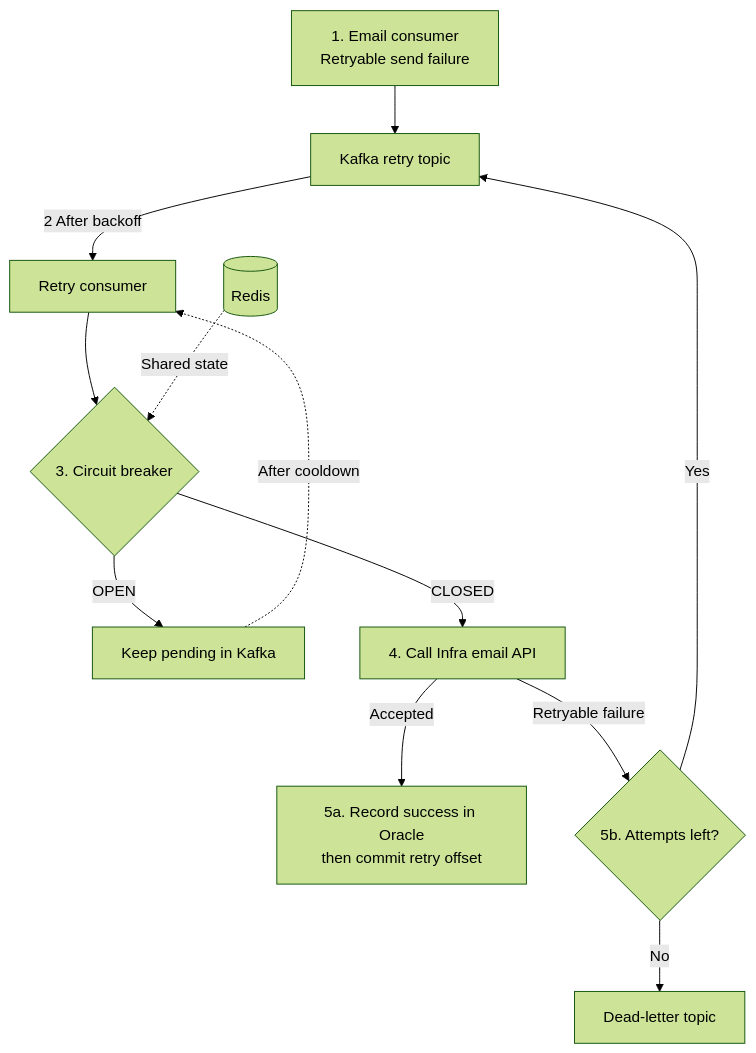
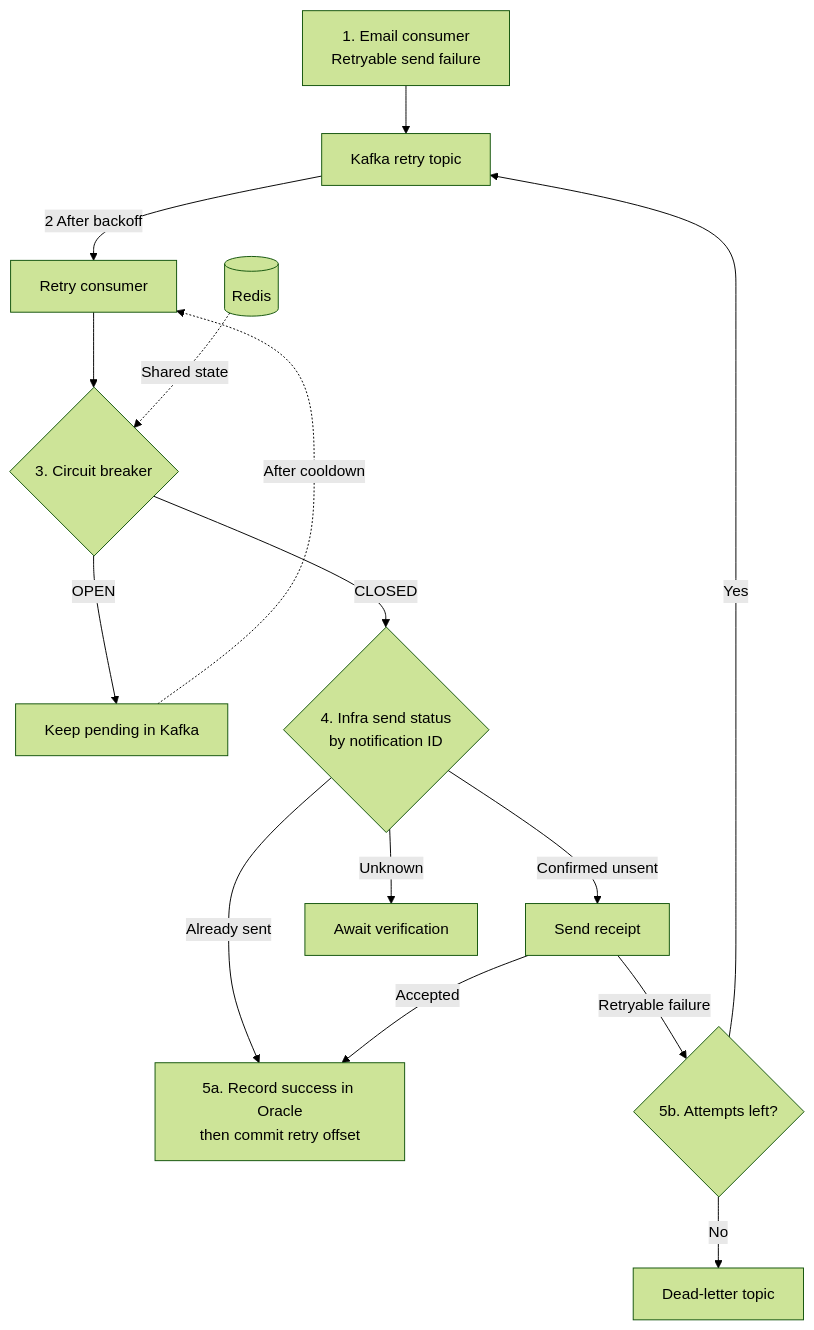
The fourth of 4 diagrams in _posts/temp/2026-11-18-ECWS-Payment-Workflow.md (ChrisZZhong/zhichengzhong), drawn with Mermaid (forest theme) before and after one commit. The commit also changed other lines of this file and 1 other file, not shown here.

Commit message:
Check Infra send status before retrying a receipt

````diff
--- a/_posts/temp/2026-11-18-ECWS-Payment-Workflow.md
+++ b/_posts/temp/2026-11-18-ECWS-Payment-Workflow.md
@@ -92,14 +92,17 @@
 ```mermaid
 flowchart TD
     first["1. Email consumer<br/>Retryable send failure"] --> retry["Kafka retry topic"]
     retry -->|2 After backoff| rc["Retry consumer"]
     rc --> breaker{"3. Circuit breaker"}
     redis[("Redis")] -.->|Shared state| breaker
     breaker -->|OPEN| wait["Keep pending in Kafka"]
     wait -.->|After cooldown| rc
-    breaker -->|CLOSED| api["4. Call Infra email API"]
+    breaker -->|CLOSED| lookup{"4. Infra send status<br/>by notification ID"}
+    lookup -->|Already sent| success
+    lookup -->|Confirmed unsent| api["Send receipt"]
+    lookup -->|Unknown| pending["Await verification"]
     api -->|Accepted| success["5a. Record success in Oracle<br/>then commit retry offset"]
     api -->|Retryable failure| budget{"5b. Attempts left?"}
     budget -->|Yes| retry
     budget -->|No| dlt["Dead-letter topic"]
 ```
````
